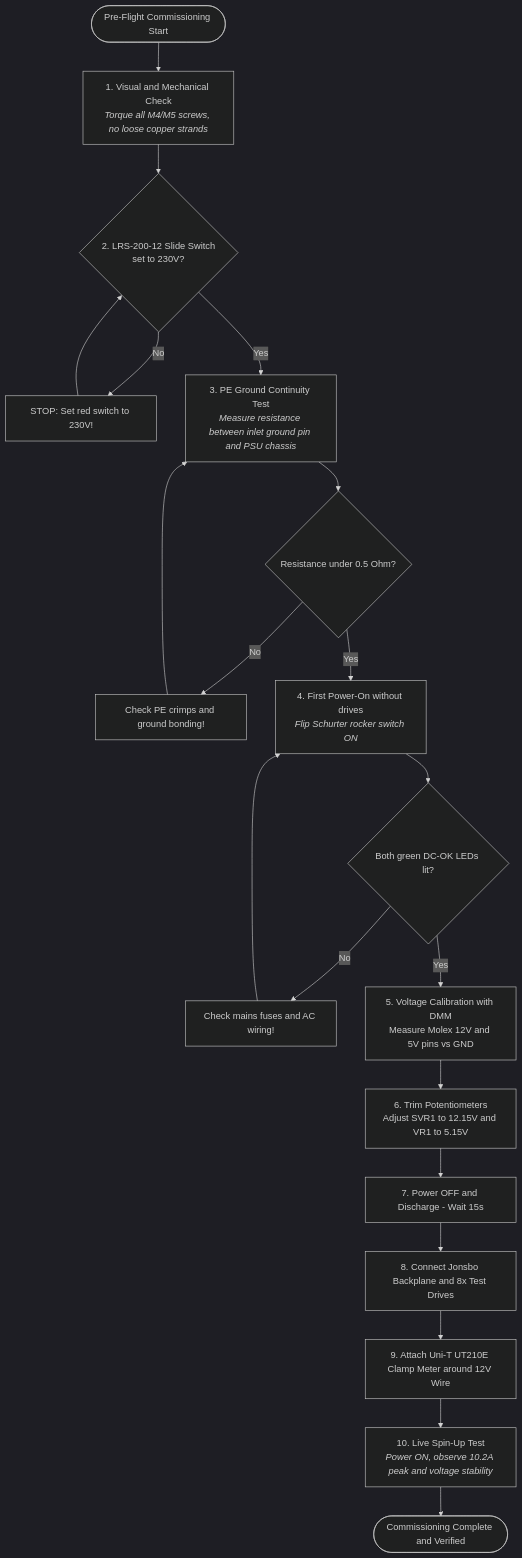
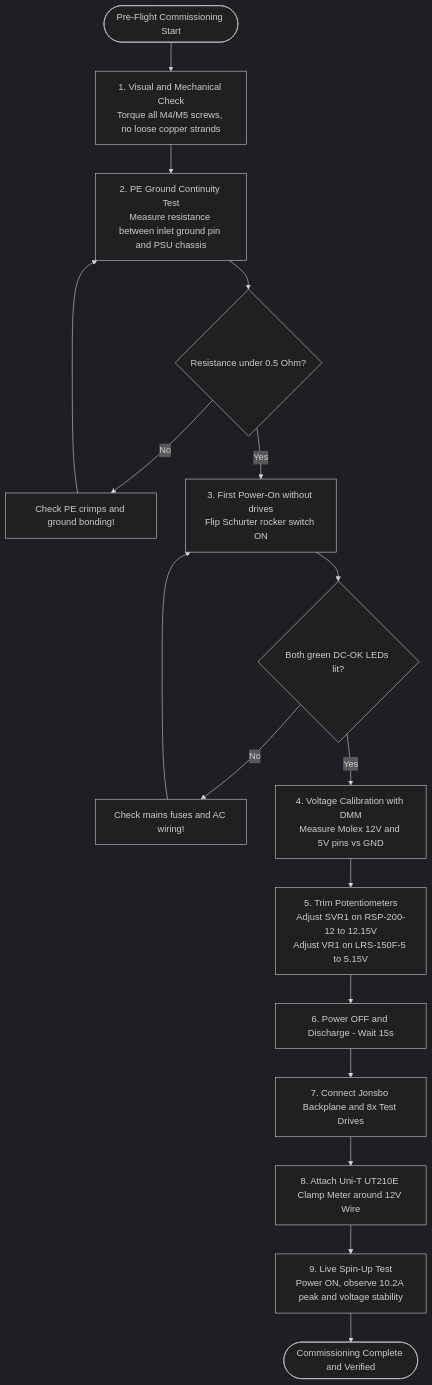
Before and after one commit to Lukas0923xcv/JBOD: the third of 3 diagrams in docs/wiring_and_assembly.md, drawn with Mermaid (dark theme). The commit also changed other lines of this file and 5 other files, not shown here.

Commit message:
Standardize on Mean Well RSP-200-12, RSP-500-12, and LRS-150F-5; sanitize all Mermaid diagrams

````diff
--- a/docs/wiring_and_assembly.md
+++ b/docs/wiring_and_assembly.md
@@ -124,19 +119,17 @@
 ```mermaid
 flowchart TD
-    Start(["Pre-Flight Commissioning Start"]) --> S1["1. Visual and Mechanical Check<br><i>Torque all M4/M5 screws, no loose copper strands</i>"]
-    S1 --> S2{"2. LRS-200-12 Slide Switch<br>set to 230V?"}
-    S2 -- No --> Fix230["STOP: Set red switch to 230V!"] --> S2
-    S2 -- Yes --> S3["3. PE Ground Continuity Test<br><i>Measure resistance between inlet ground pin and PSU chassis</i>"]
-    S3 --> S3_Check{"Resistance under 0.5 Ohm?"}
-    S3_Check -- No --> FixPE["Check PE crimps and ground bonding!"] --> S3
-    S3_Check -- Yes --> S4["4. First Power-On without drives<br><i>Flip Schurter rocker switch ON</i>"]
-    S4 --> S4_LED{"Both green DC-OK LEDs lit?"}
-    S4_LED -- No --> FixAC["Check mains fuses and AC wiring!"] --> S4
-    S4_LED -- Yes --> S5["5. Voltage Calibration with DMM<br>Measure Molex 12V and 5V pins vs GND"]
-    S5 --> S6["6. Trim Potentiometers<br>Adjust SVR1 to 12.15V and VR1 to 5.15V"]
-    S6 --> S7["7. Power OFF and Discharge - Wait 15s"]
-    S7 --> S8["8. Connect Jonsbo Backplane and 8x Test Drives"]
-    S8 --> S9["9. Attach Uni-T UT210E Clamp Meter around 12V Wire"]
-    S9 --> S10["10. Live Spin-Up Test<br><i>Power ON, observe 10.2A peak and voltage stability</i>"]
-    S10 --> Pass(["Commissioning Complete and Verified"])
+    Start(["Pre-Flight Commissioning Start"]) --> S1["1. Visual and Mechanical Check<br>Torque all M4/M5 screws, no loose copper strands"]
+    S1 --> S2["2. PE Ground Continuity Test<br>Measure resistance between inlet ground pin and PSU chassis"]
+    S2 --> S2_Check{"Resistance under 0.5 Ohm?"}
+    S2_Check -- No --> FixPE["Check PE crimps and ground bonding!"] --> S2
+    S2_Check -- Yes --> S3["3. First Power-On without drives<br>Flip Schurter rocker switch ON"]
+    S3 --> S3_LED{"Both green DC-OK LEDs lit?"}
+    S3_LED -- No --> FixAC["Check mains fuses and AC wiring!"] --> S3
+    S3_LED -- Yes --> S4["4. Voltage Calibration with DMM<br>Measure Molex 12V and 5V pins vs GND"]
+    S4 --> S5["5. Trim Potentiometers<br>Adjust SVR1 on RSP-200-12 to 12.15V<br>Adjust VR1 on LRS-150F-5 to 5.15V"]
+    S5 --> S6["6. Power OFF and Discharge - Wait 15s"]
+    S6 --> S7["7. Connect Jonsbo Backplane and 8x Test Drives"]
+    S7 --> S8["8. Attach Uni-T UT210E Clamp Meter around 12V Wire"]
+    S8 --> S9["9. Live Spin-Up Test<br>Power ON, observe 10.2A peak and voltage stability"]
+    S9 --> Pass(["Commissioning Complete and Verified"])
 ```
````
